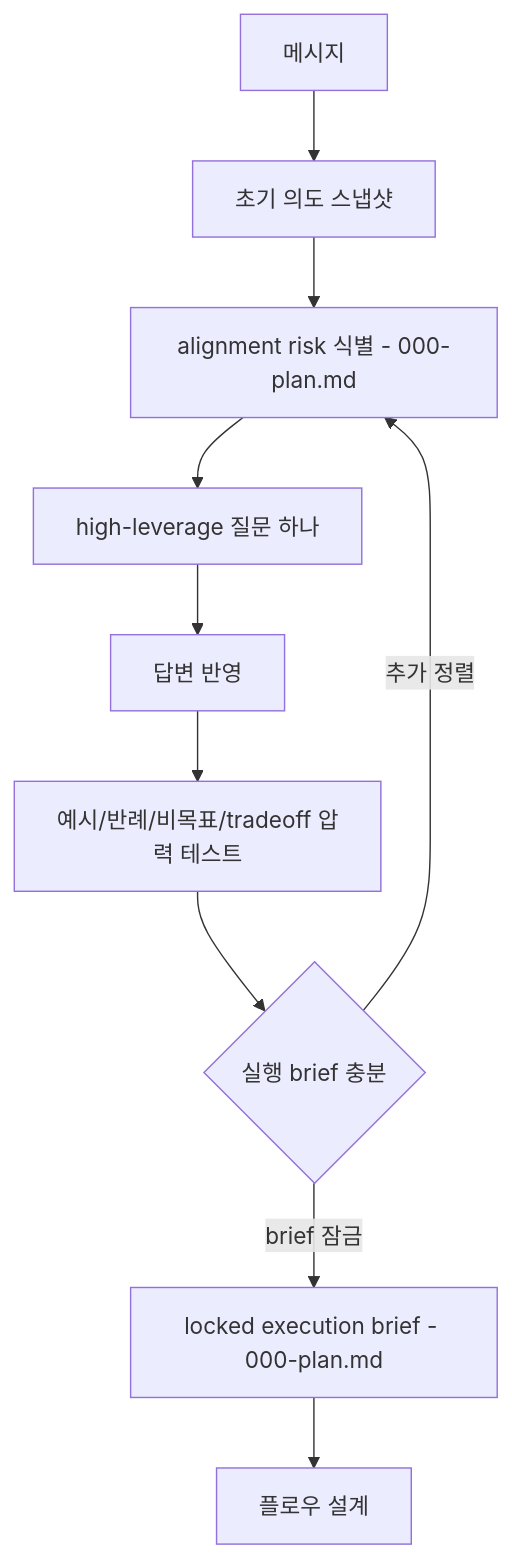
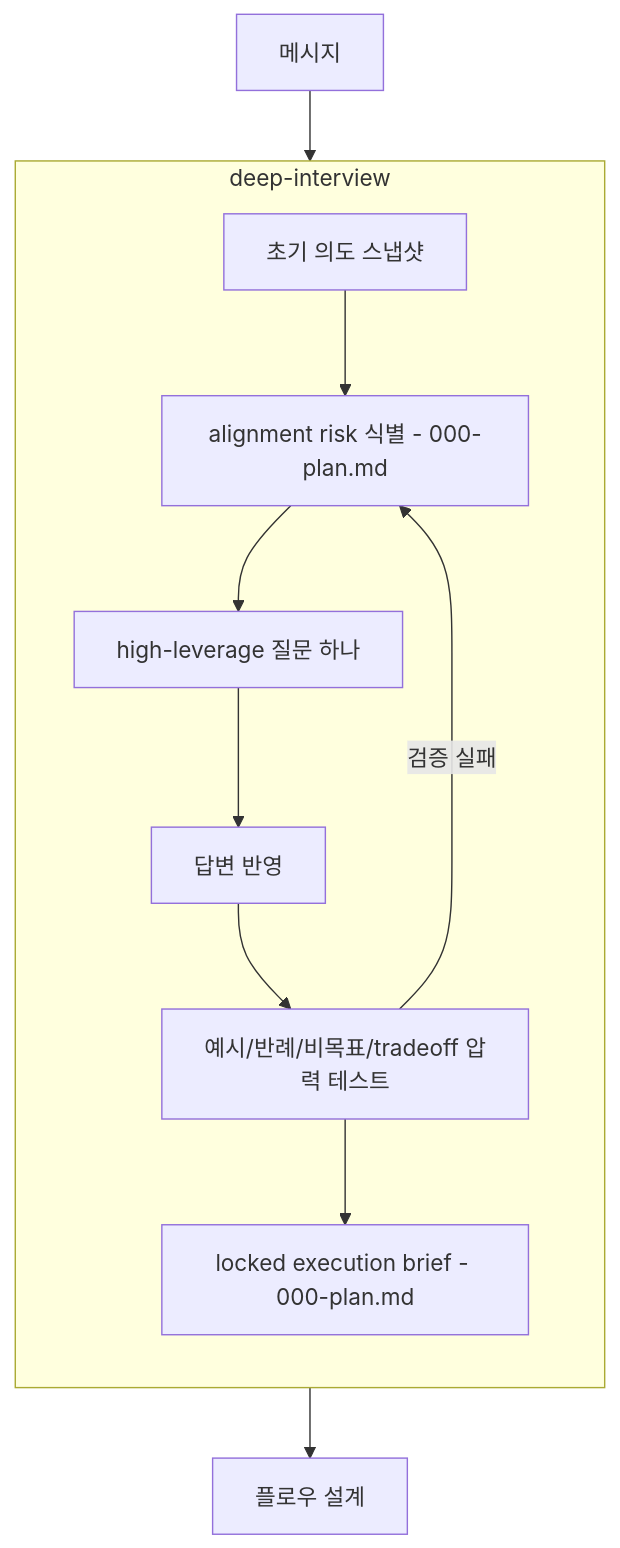
Before and after one commit to opnay/agent-plugins: the second of 5 diagrams in src/loop-kit-dev/specs/skills/flow/intent.md, drawn with Mermaid. The commit also changed other lines of this file, not shown here.

First line of the commit message:
docs: refine flow intent diagrams

````diff
--- a/src/loop-kit-dev/specs/skills/flow/intent.md
+++ b/src/loop-kit-dev/specs/skills/flow/intent.md
@@ -15,12 +30,16 @@
 ```mermaid
 graph TD
-  MESSAGE[메시지] --> SNAPSHOT[초기 의도 스냅샷]
-  SNAPSHOT --> RISK[alignment risk 식별 - 000-plan.md]
-  RISK --> ASK[high-leverage 질문 하나]
-  ASK --> ANSWER[답변 반영]
-  ANSWER --> TEST[예시/반례/비목표/tradeoff 압력 테스트]
-  TEST --> READY{실행 brief 충분}
-  READY -->|추가 정렬| RISK
-  READY -->|brief 잠금| BRIEF[locked execution brief - 000-plan.md]
-  BRIEF --> DESIGN[플로우 설계]
+  MESSAGE[메시지] --> DEEP_INTERVIEW
+
+  subgraph DEEP_INTERVIEW[deep-interview]
+    direction TB
+    SNAPSHOT[초기 의도 스냅샷] --> RISK[alignment risk 식별 - 000-plan.md]
+    RISK --> ASK[high-leverage 질문 하나]
+    ASK --> ANSWER[답변 반영]
+    ANSWER --> TEST[예시/반례/비목표/tradeoff 압력 테스트]
+    TEST -->|검증 실패| RISK
+    TEST --> BRIEF[locked execution brief - 000-plan.md]
+  end
+
+  DEEP_INTERVIEW --> DESIGN[플로우 설계]
 ```
````
